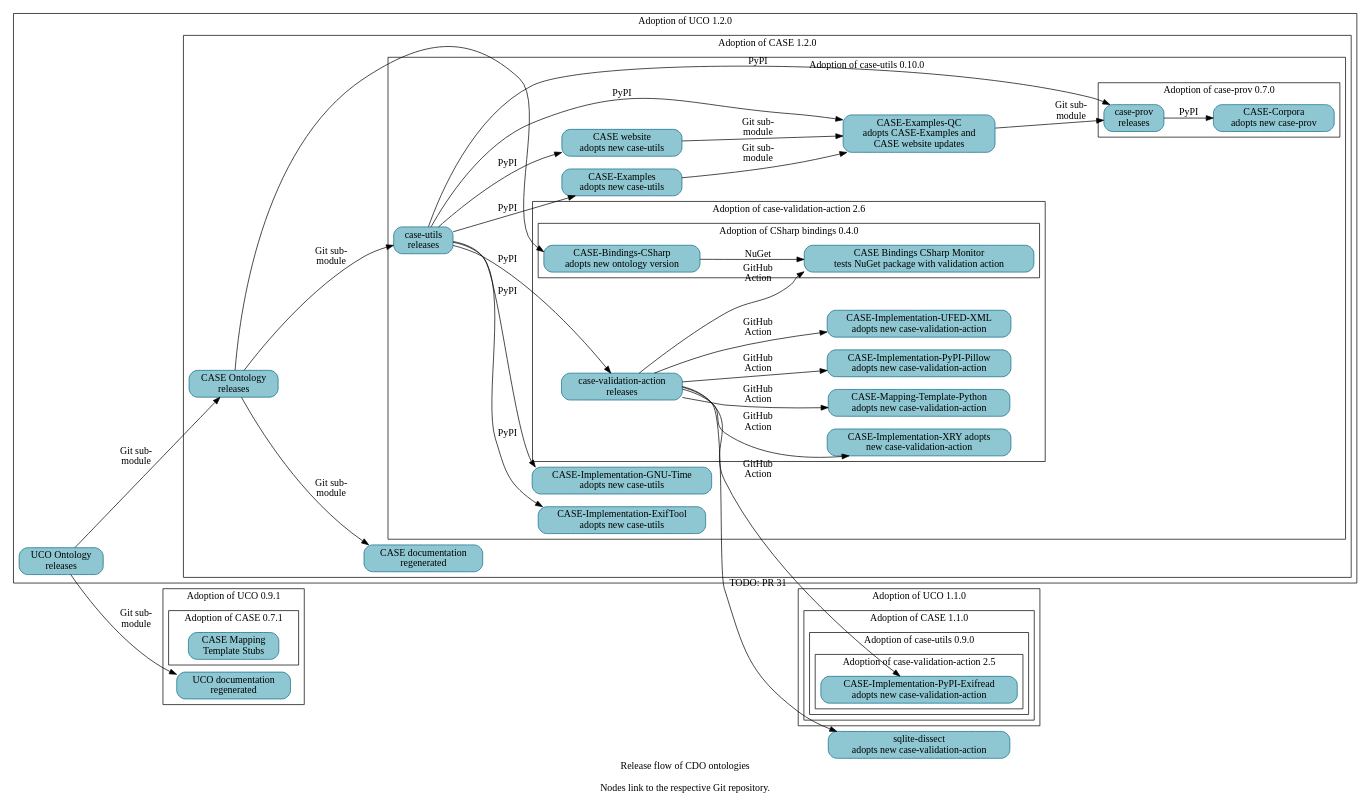
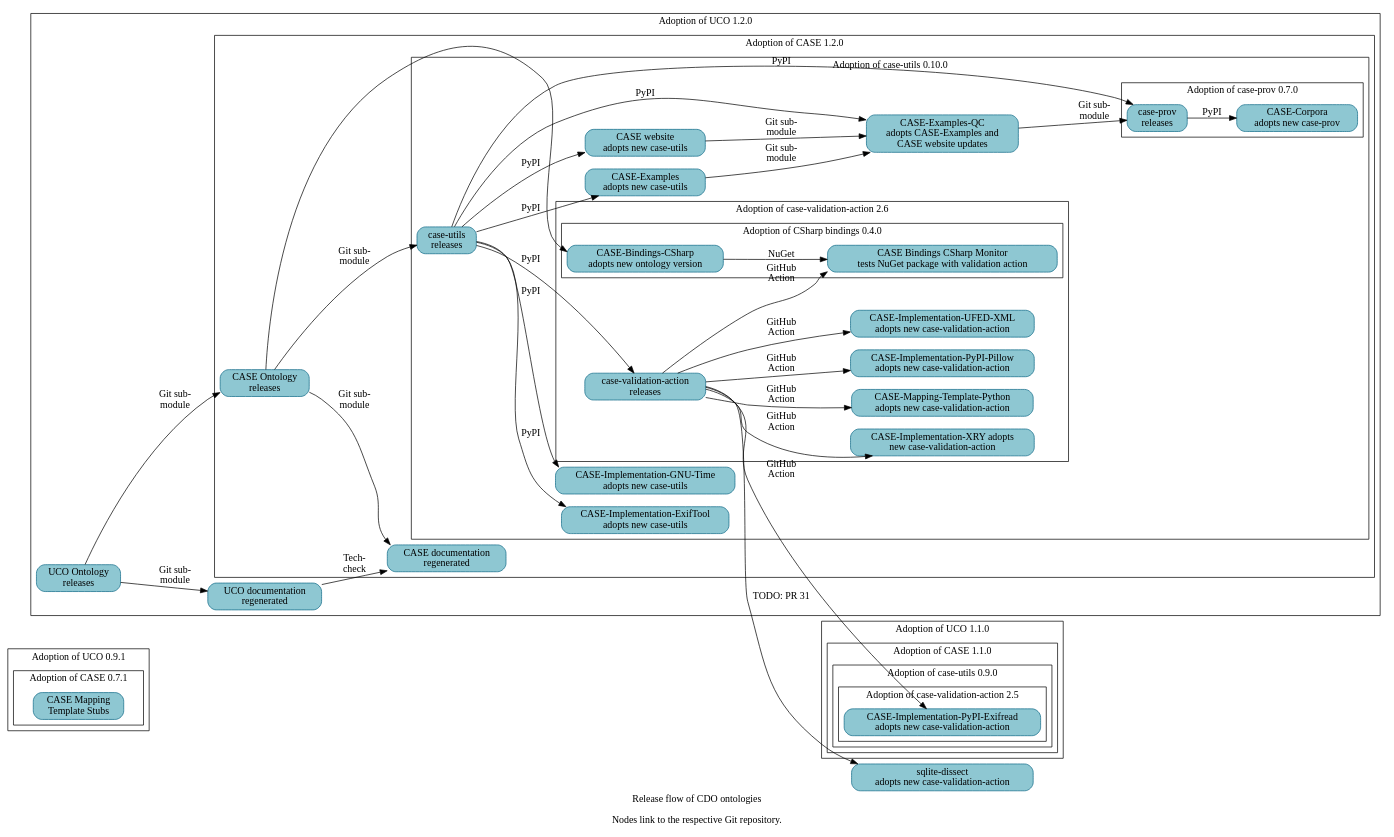
The diagram in resources/project_release_flow.dot (Cyber-Domain-Ontology/cdo.github.io), drawn with Graphviz before and after one commit.

Commit message:
Bump documentation adoption status
A follow-on patch will regenerate Make-managed files.

```diff
--- a/resources/project_release_flow.dot
+++ b/resources/project_release_flow.dot
@@ -1,113 +1,112 @@
 digraph "cdo_release_flow" {
   label = "Release flow of CDO ontologies\n\nNodes link to the respective Git repository." ;
   rankdir = "LR" ;
   node [shape="rectangle" style="filled,rounded" fillcolor="#8EC7D2" color="#0D6986"] ;
 
 
   // Define nodes in their corresponding progress subgraph.
 
   subgraph cluster_uco_0_9_1 {
     label = "Adoption of UCO 0.9.1" ;
-
-    _GH__UCOPROJECT__ONTOLOGY_UNIFIEDCYBERONTOLOGY_ORG [URL="https://github.com/ucoProject/ontology.unifiedcyberontology.org" label="UCO documentation\nregenerated"] ;
 
     subgraph cluster_case_0_7_1 {
       label = "Adoption of CASE 0.7.1" ;
       _GH__CASEWORK__CASE_MAPPING_TEMPLATE_STUBS [URL="https://github.com/casework/CASE-Mapping-Template-Stubs" label="CASE Mapping\nTemplate Stubs"] ;
     }
   }
   subgraph cluster_uco_1_1_0 {
     label = "Adoption of UCO 1.1.0" ;
 
     subgraph cluster_case_1_1_0 {
       label = "Adoption of CASE 1.1.0" ;
 
       subgraph cluster_case_utils_0_9_0 {
         label = "Adoption of case-utils 0.9.0" ;
 
         subgraph cluster_case_validation_action_2_5 {
           label = "Adoption of case-validation-action 2.5" ;
 
           _GH__CASEWORK__CASE_IMPLEMENTATON_PYPI_EXIFREAD [URL="https://github.com/casework/CASE-Implementation-PyPI-Exifread" label="CASE-Implementation-PyPI-Exifread\nadopts new case-validation-action"] ;
         }
       }
     }
   }
   subgraph cluster_uco_1_2_0 {
     label = "Adoption of UCO 1.2.0" ;
 
+    _GH__UCOPROJECT__ONTOLOGY_UNIFIEDCYBERONTOLOGY_ORG [URL="https://github.com/ucoProject/ontology.unifiedcyberontology.org" label="UCO documentation\nregenerated"] ;
     _GH__UCOPROJECT__UCO [URL="https://github.com/ucoProject/UCO" label="UCO Ontology\nreleases"] ;
 
     subgraph cluster_case_1_2_0 {
       label = "Adoption of CASE 1.2.0" ;
 
       _GH__CASEWORK__CASE [URL="https://github.com/casework/CASE" label="CASE Ontology\nreleases"] ;
       _GH__CASEWORK__ONTOLOGY_CASEONTOLOGY_ORG [URL="https://github.com/casework/ontology.caseontology.org" label="CASE documentation\nregenerated"] ;
 
       subgraph cluster_case_utils_0_10_0 {
         label = "Adoption of case-utils 0.10.0" ;
 
         _GH__AJNELSON_NIST__CASE_EXAMPLES_QC [URL="https://github.com/ajnelson-nist/CASE-Examples-QC" label="CASE-Examples-QC\nadopts CASE-Examples and\nCASE website updates"] ;
         _GH__CASEWORK__CASE_EXAMPLES [URL="https://github.com/casework/CASE-Examples" label="CASE-Examples\nadopts new case-utils"] ;
         _GH__CASEWORK__CASE_IMPLEMENTATON_EXIFTOOL [URL="https://github.com/casework/CASE-Implementation-ExifTool" label="CASE-Implementation-ExifTool\nadopts new case-utils"] ;
         _GH__CASEWORK__CASE_IMPLEMENTATON_GNU_TIME [URL="https://github.com/casework/CASE-Implementation-GNU-Time" label="CASE-Implementation-GNU-Time\nadopts new case-utils"] ;
         _GH__CASEWORK__CASE_UTILITIES_PYTHON [URL="https://github.com/casework/CASE-Utilities-Python" label="case-utils\nreleases"] ;
         _GH__CASEWORK__CASEWORK_GITHUB_IO [URL="https://github.com/casework/casework.github.io" label="CASE website\nadopts new case-utils"] ;
 
         subgraph cluster_case_prov_0_7_0 {
           label = "Adoption of case-prov 0.7.0" ;
 
           _GH__CASEWORK__CASE_CORPORA [URL="https://github.com/casework/CASE-Corpora" label="CASE-Corpora\nadopts new case-prov"] ;
           _GH__CASEWORK__CASE_IMPLEMENTATON_PROV_O [URL="https://github.com/casework/CASE-Implementation-PROV-O" label="case-prov\nreleases"] ;
         }
         subgraph cluster_case_validation_action_2_6 {
           label = "Adoption of case-validation-action 2.6" ;
 
           _GH__CASEWORK__CASE_IMPLEMENTATON_PYPI_PILLOW [URL="https://github.com/casework/CASE-Implementation-PyPI-Pillow" label="CASE-Implementation-PyPI-Pillow\nadopts new case-validation-action"] ;
           _GH__CASEWORK__CASE_IMPLEMENTATON_UFED_XML [URL="https://github.com/casework/CASE-Implementation-UFED-XML" label="CASE-Implementation-UFED-XML\nadopts new case-validation-action"] ;
           _GH__CASEWORK__CASE_IMPLEMENTATON_XRY [URL="https://github.com/casework/CASE-Implementation-XRY" label="CASE-Implementation-XRY adopts\nnew case-validation-action"] ;
           _GH__CASEWORK__CASE_MAPPING_TEMPLATE_PYTHON [URL="https://github.com/casework/CASE-Mapping-Template-Python" label="CASE-Mapping-Template-Python\nadopts new case-validation-action"] ;
           _GH__KCHASON__CASE_VALIDATION_ACTION [URL="https://github.com/kchason/case-validation-action" label="case-validation-action\nreleases"] ;
 
           subgraph cluster_case_bindings_csharp_0_4_0 {
             label = "Adoption of CSharp bindings 0.4.0" ;
 
             _GH__CASEWORK__CASE_BINDINGS_CSHARP_MONITOR [URL="https://github.com/casework/CASE-Bindings-CSharp-Monitor" label="CASE Bindings CSharp Monitor\ntests NuGet package with validation action"] ;
             _GH__CIPHERTECHSOLUTIONS__CASE_BINDINGS_CSHARP [URL="https://github.com/ciphertechsolutions/CASE-Bindings-CSharp" label="CASE-Bindings-CSharp\nadopts new ontology version"]
           }
         }
       }
     }
   }
 
   _GH__DOD_CYBER_CRIME_CENTER__SQLITE_DISSECT [URL="https://github.com/dod-cyber-crime-center/sqlite-dissect" label="sqlite-dissect\nadopts new case-validation-action"] ;
 
   // Begin edges
 
   _GH__AJNELSON_NIST__CASE_EXAMPLES_QC -> _GH__CASEWORK__CASE_IMPLEMENTATON_PROV_O [label="Git sub-\nmodule"] ;
   _GH__CASEWORK__CASE -> _GH__CASEWORK__CASE_UTILITIES_PYTHON [label="Git sub-\nmodule"] ;
   _GH__CASEWORK__CASE -> _GH__CIPHERTECHSOLUTIONS__CASE_BINDINGS_CSHARP ;
   _GH__CASEWORK__CASE -> _GH__CASEWORK__ONTOLOGY_CASEONTOLOGY_ORG [label="Git sub-\nmodule"] ; 
   _GH__CASEWORK__CASE_EXAMPLES -> _GH__AJNELSON_NIST__CASE_EXAMPLES_QC [label="Git sub-\nmodule"] ;
   _GH__CASEWORK__CASE_IMPLEMENTATON_PROV_O -> _GH__CASEWORK__CASE_CORPORA [label="PyPI"] ;
   _GH__CASEWORK__CASE_UTILITIES_PYTHON -> _GH__AJNELSON_NIST__CASE_EXAMPLES_QC [label="PyPI"] ;
   _GH__CASEWORK__CASE_UTILITIES_PYTHON -> _GH__CASEWORK__CASE_EXAMPLES [label="PyPI"] ;
   _GH__CASEWORK__CASE_UTILITIES_PYTHON -> _GH__CASEWORK__CASE_IMPLEMENTATON_EXIFTOOL [label="PyPI"] ;
   _GH__CASEWORK__CASE_UTILITIES_PYTHON -> _GH__CASEWORK__CASE_IMPLEMENTATON_GNU_TIME [label="PyPI"] ;
   _GH__CASEWORK__CASE_UTILITIES_PYTHON -> _GH__CASEWORK__CASE_IMPLEMENTATON_PROV_O [label="PyPI"] ;
   _GH__CASEWORK__CASE_UTILITIES_PYTHON -> _GH__KCHASON__CASE_VALIDATION_ACTION [label="PyPI"] ;
   _GH__CASEWORK__CASE_UTILITIES_PYTHON -> _GH__CASEWORK__CASEWORK_GITHUB_IO [label="PyPI"] ;
   _GH__CASEWORK__CASEWORK_GITHUB_IO -> _GH__AJNELSON_NIST__CASE_EXAMPLES_QC [label="Git sub-\nmodule"] ;
   _GH__CIPHERTECHSOLUTIONS__CASE_BINDINGS_CSHARP -> _GH__CASEWORK__CASE_BINDINGS_CSHARP_MONITOR [label="NuGet"] ;
   _GH__KCHASON__CASE_VALIDATION_ACTION -> _GH__CASEWORK__CASE_BINDINGS_CSHARP_MONITOR [label="GitHub\nAction"] ;
   _GH__KCHASON__CASE_VALIDATION_ACTION -> _GH__CASEWORK__CASE_IMPLEMENTATON_PYPI_EXIFREAD [label="GitHub\nAction"] ;
   _GH__KCHASON__CASE_VALIDATION_ACTION -> _GH__CASEWORK__CASE_IMPLEMENTATON_PYPI_PILLOW [label="GitHub\nAction"] ;
   _GH__KCHASON__CASE_VALIDATION_ACTION -> _GH__CASEWORK__CASE_IMPLEMENTATON_UFED_XML [label="GitHub\nAction"] ;
   _GH__KCHASON__CASE_VALIDATION_ACTION -> _GH__CASEWORK__CASE_IMPLEMENTATON_XRY [label="GitHub\nAction"] ;
   _GH__KCHASON__CASE_VALIDATION_ACTION -> _GH__CASEWORK__CASE_MAPPING_TEMPLATE_PYTHON [label="GitHub\nAction"] ;
   _GH__KCHASON__CASE_VALIDATION_ACTION -> _GH__DOD_CYBER_CRIME_CENTER__SQLITE_DISSECT [URL="https://github.com/dod-cyber-crime-center/sqlite-dissect/pull/31" label="TODO: PR 31"] ;
-  // TODO _GH__UCOPROJECT__ONTOLOGY_UNIFIEDCYBERONTOLOGY_ORG -> _GH__CASEWORK__ONTOLOGY_CASEONTOLOGY_ORG [label="Tech-\ncheck"];
+  _GH__UCOPROJECT__ONTOLOGY_UNIFIEDCYBERONTOLOGY_ORG -> _GH__CASEWORK__ONTOLOGY_CASEONTOLOGY_ORG [label="Tech-\ncheck"];
   _GH__UCOPROJECT__UCO -> _GH__CASEWORK__CASE [label="Git sub-\nmodule"] ;
   _GH__UCOPROJECT__UCO -> _GH__UCOPROJECT__ONTOLOGY_UNIFIEDCYBERONTOLOGY_ORG [label="Git sub-\nmodule"] ;
 
 }
```
